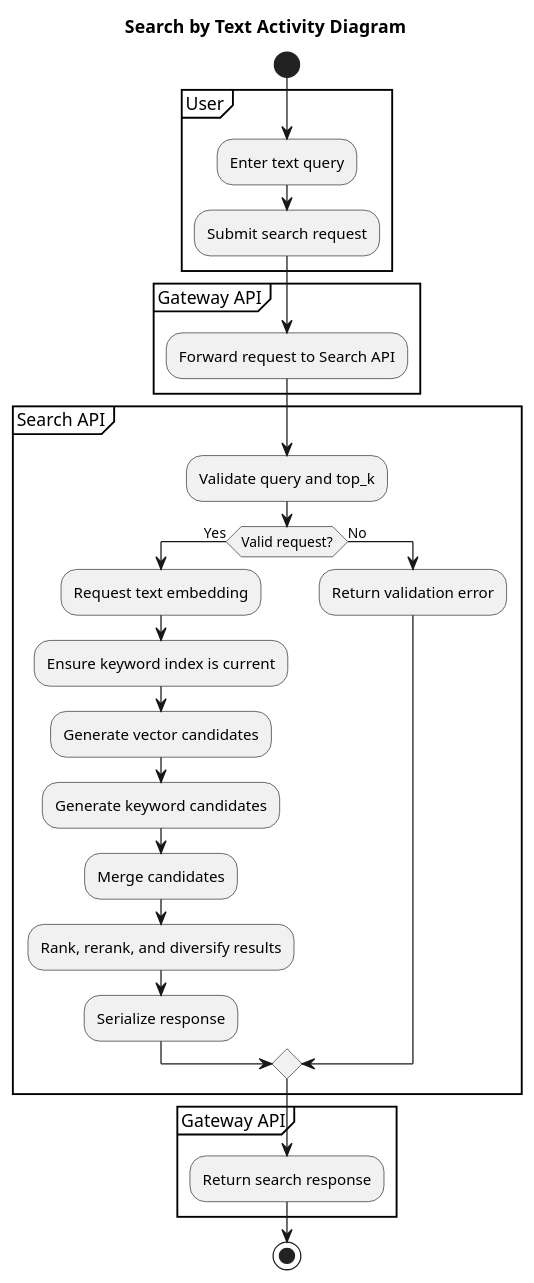
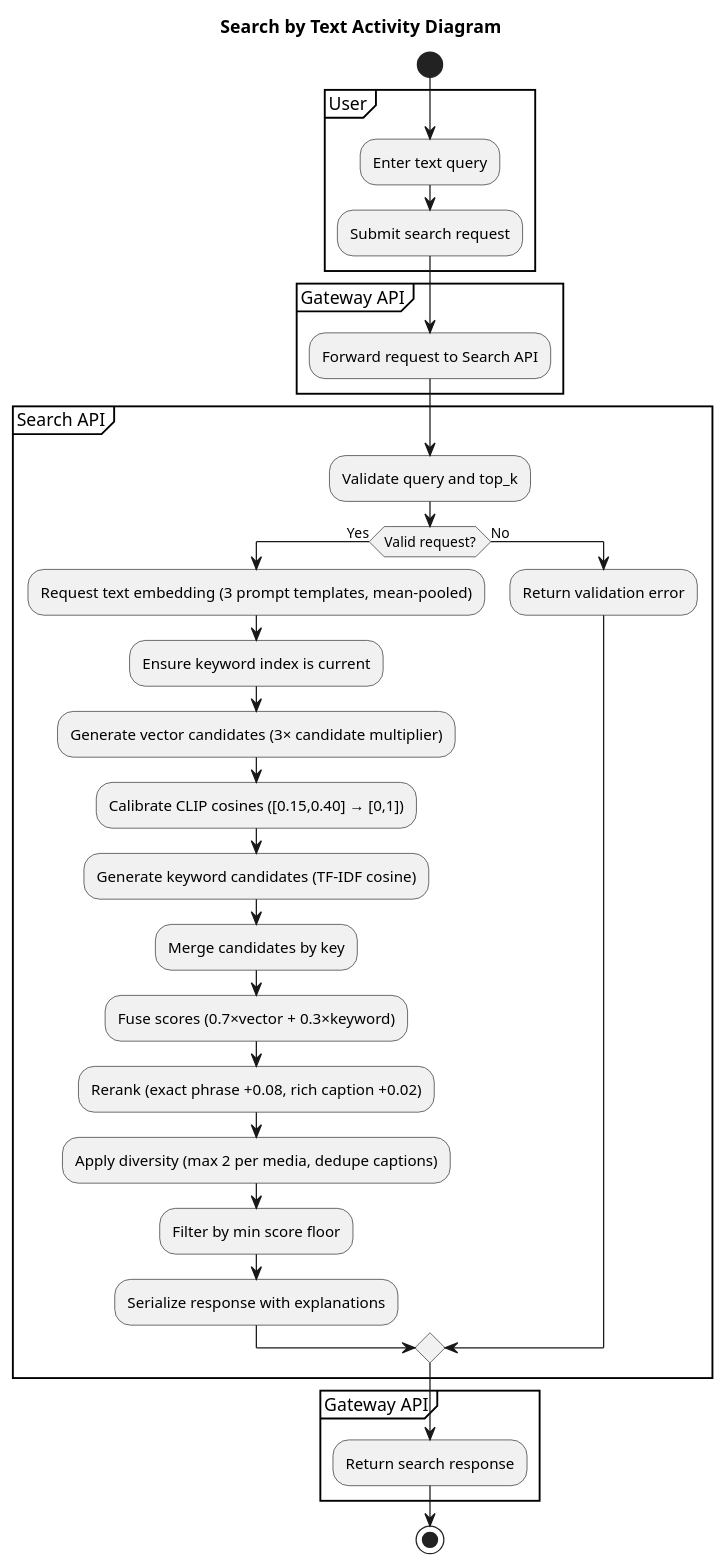
The seventh of 19 diagrams in docs/college-reports/semedia-final-project-report-draft.md (pho-veteran/semedia), drawn with PlantUML before and after one commit. The commit also changed other lines of this file and 13 other files, not shown here.

````diff
--- a/docs/college-reports/semedia-final-project-report-draft.md
+++ b/docs/college-reports/semedia-final-project-report-draft.md
@@ -567,31 +610,35 @@
 ```plantuml
 @startuml
 title Search by Text Activity Diagram
 start
 partition User {
   :Enter text query;
   :Submit search request;
 }
 partition "Gateway API" {
   :Forward request to Search API;
 }
 partition "Search API" {
   :Validate query and top_k;
   if (Valid request?) then (Yes)
-    :Request text embedding;
+    :Request text embedding (3 prompt templates, mean-pooled);
     :Ensure keyword index is current;
-    :Generate vector candidates;
-    :Generate keyword candidates;
-    :Merge candidates;
-    :Rank, rerank, and diversify results;
-    :Serialize response;
+    :Generate vector candidates (3× candidate multiplier);
+    :Calibrate CLIP cosines ([0.15,0.40] → [0,1]);
+    :Generate keyword candidates (TF-IDF cosine);
+    :Merge candidates by key;
+    :Fuse scores (0.7×vector + 0.3×keyword);
+    :Rerank (exact phrase +0.08, rich caption +0.02);
+    :Apply diversity (max 2 per media, dedupe captions);
+    :Filter by min score floor;
+    :Serialize response with explanations;
   else (No)
     :Return validation error;
   endif
 }
 partition "Gateway API" {
   :Return search response;
 }
 stop
 @enduml
 ```
````
